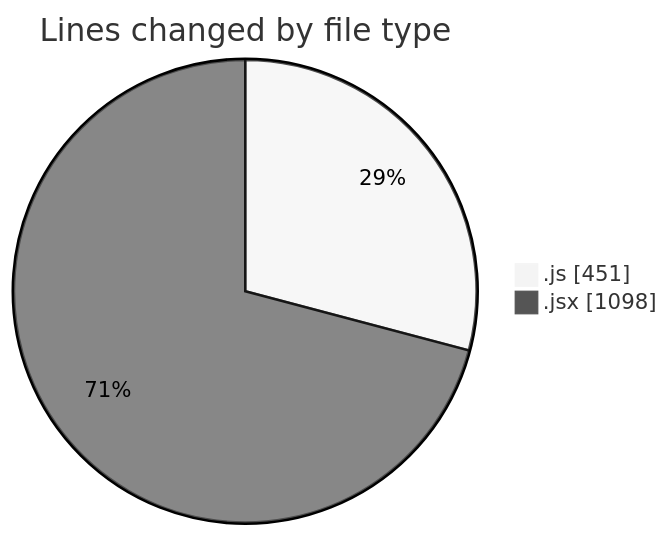
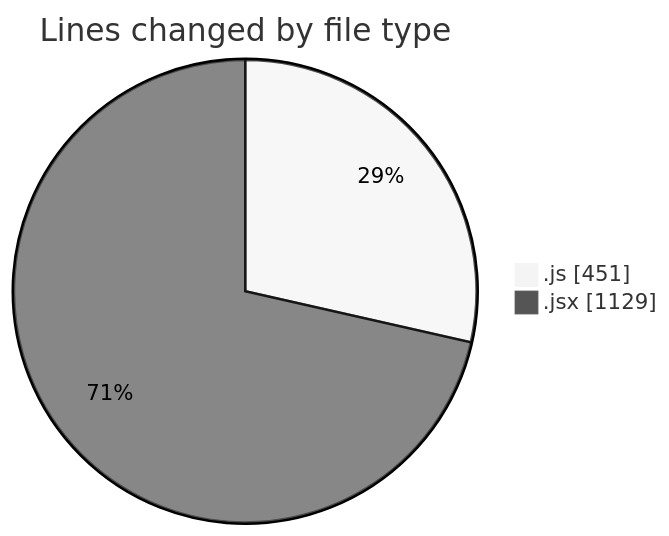
One commit to nxtqubesakshisongat/code-tracking changed the first of 2 diagrams in 2025-12-01/nxtqube_webapp/README.md. Above: the diagram before and after it, drawn with Mermaid (neutral theme). The commit also changed other lines of this file and 1 other file, not shown here.

````diff
--- a/2025-12-01/nxtqube_webapp/README.md
+++ b/2025-12-01/nxtqube_webapp/README.md
@@ -22,6 +22,6 @@
 ```mermaid
 pie showData
 title Lines changed by file type
 ".js" : 451
-".jsx" : 1098
+".jsx" : 1129
 ```
````
